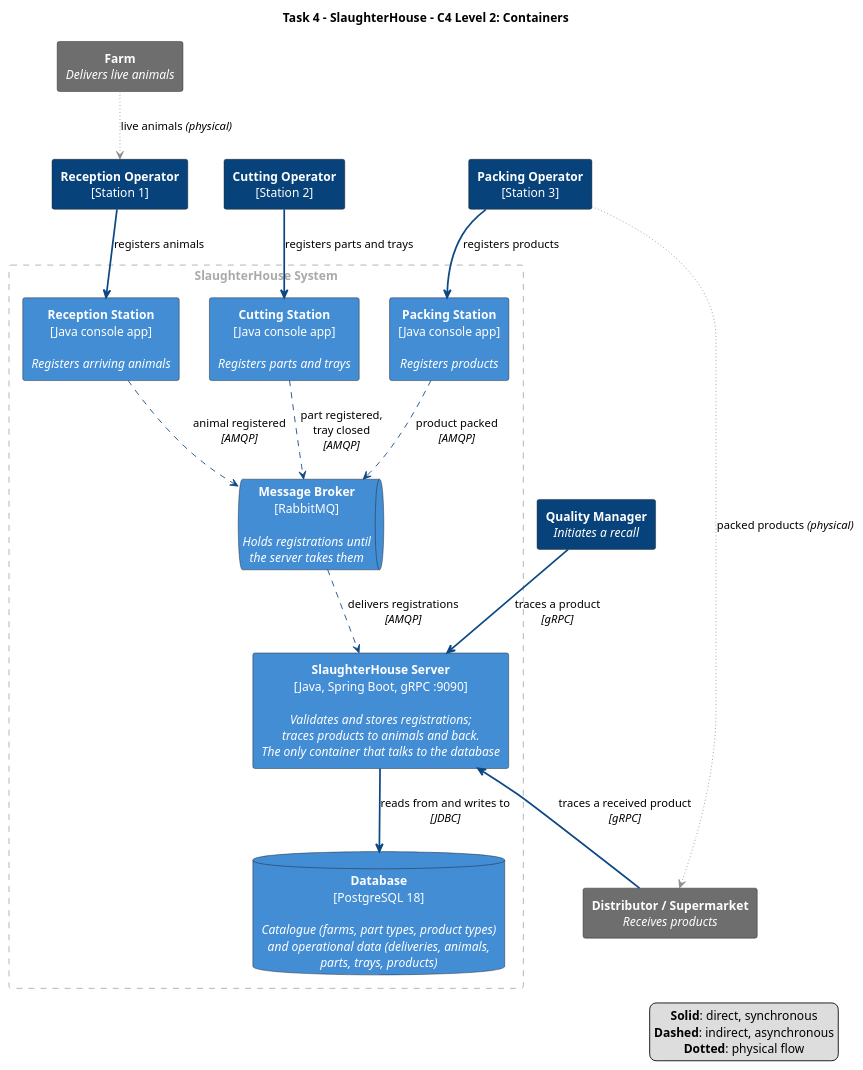
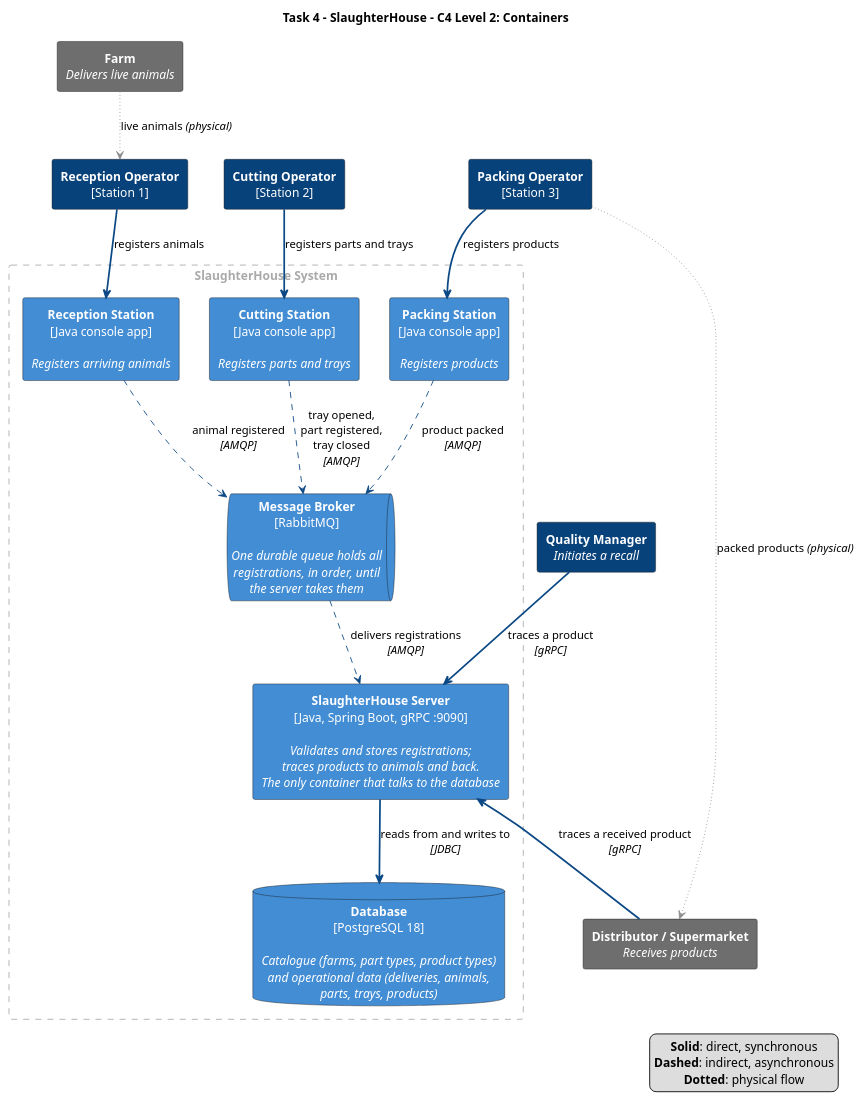
One commit to ahausgaard/DSY changed the diagram in SlaughterHouse/docs/task4-containerDiagram.puml. Above: the diagram before and after it, drawn with PlantUML. The commit also changed 17 other files, not shown here.

```diff
--- a/SlaughterHouse/docs/task4-containerDiagram.puml
+++ b/SlaughterHouse/docs/task4-containerDiagram.puml
@@ -1,87 +1,87 @@
 @startuml task4-c4-l2-container
 title Task 4 - SlaughterHouse - C4 Level 2: Containers
 
 hide stereotype
 skinparam shadowing false
 skinparam defaultTextAlignment center
 skinparam rectangle<<person>> {
   BackgroundColor #08427B
   FontColor #FFFFFF
 }
 skinparam rectangle<<container>> {
   BackgroundColor #438DD5
   FontColor #FFFFFF
 }
 skinparam database<<container>> {
   BackgroundColor #438DD5
   FontColor #FFFFFF
 }
 skinparam queue<<container>> {
   BackgroundColor #438DD5
   FontColor #FFFFFF
 }
 skinparam rectangle<<external>> {
   BackgroundColor #6E6E6E
   FontColor #FFFFFF
 }
 skinparam rectangle<<boundary>> {
   BackgroundColor transparent
   BorderColor #AAAAAA
   BorderStyle dashed
   FontColor #AAAAAA
 }
 
 rectangle "**Reception Operator**\n[Station 1]" <<person>> as reception
 rectangle "**Cutting Operator**\n[Station 2]" <<person>> as cutting
 rectangle "**Packing Operator**\n[Station 3]" <<person>> as packing
 rectangle "**Quality Manager**\n//Initiates a recall//" <<person>> as quality
 
 rectangle "SlaughterHouse System" <<boundary>> {
 
   rectangle "**Reception Station**\n[Java console app]\n\n//Registers arriving animals//" <<container>> as station1
   rectangle "**Cutting Station**\n[Java console app]\n\n//Registers parts and trays//" <<container>> as station2
   rectangle "**Packing Station**\n[Java console app]\n\n//Registers products//" <<container>> as station3
 
-  queue "**Message Broker**\n[RabbitMQ]\n\n//Holds registrations until//\n//the server takes them//" <<container>> as broker
+  queue "**Message Broker**\n[RabbitMQ]\n\n//One durable queue holds all//\n//registrations, in order, until//\n//the server takes them//" <<container>> as broker
 
   rectangle "**SlaughterHouse Server**\n[Java, Spring Boot, gRPC :9090]\n\n//Validates and stores registrations;//\n//traces products to animals and back.//\n//The only container that talks to the database//" <<container>> as server
 
   database "**Database**\n[PostgreSQL 18]\n\n//Catalogue (farms, part types, product types)//\n//and operational data (deliveries, animals,//\n//parts, trays, products)//" <<container>> as db
 }
 
 rectangle "**Farm**\n//Delivers live animals//" <<external>> as farm
 rectangle "**Distributor / Supermarket**\n//Receives products//" <<external>> as distributor
 
 ' Keep the operators and their stations in process order, left to right
 reception -[hidden]right- cutting
 cutting   -[hidden]right- packing
 packing   -[hidden]right- quality
 station1  -[hidden]right- station2
 station2  -[hidden]right- station3
 
 reception -[#0B4884,bold]down-> station1 : registers animals
 cutting   -[#0B4884,bold]down-> station2 : registers parts and trays
 packing   -[#0B4884,bold]down-> station3 : registers products
 
 ' Stations never wait for the server: they publish and carry on
 station1 -[#0B4884,dashed]down-> broker : animal registered\n//[AMQP]//
-station2 -[#0B4884,dashed]down-> broker : part registered,\ntray closed\n//[AMQP]//
+station2 -[#0B4884,dashed]down-> broker : tray opened,\npart registered,\ntray closed\n//[AMQP]//
 station3 -[#0B4884,dashed]down-> broker : product packed\n//[AMQP]//
 broker   -[#0B4884,dashed]down-> server : delivers registrations\n//[AMQP]//
 server   -[#0B4884,bold]down->   db     : reads from and writes to\n//[JDBC]//
 
 ' Recall: traced directly against the server
 quality     -[#0B4884,bold]down-> server : traces a product\n//[gRPC]//
 distributor -[#0B4884,bold]up->   server : traces a received product\n//[gRPC]//
 
 ' Physical flow
 farm    -[#8C8C8C,dotted]down-> reception   : live animals //(physical)//
 packing -[#8C8C8C,dotted]down-> distributor : packed products //(physical)//
 
 legend right
   **Solid**: direct, synchronous
   **Dashed**: indirect, asynchronous
   **Dotted**: physical flow
 endlegend
 
 @enduml
```
